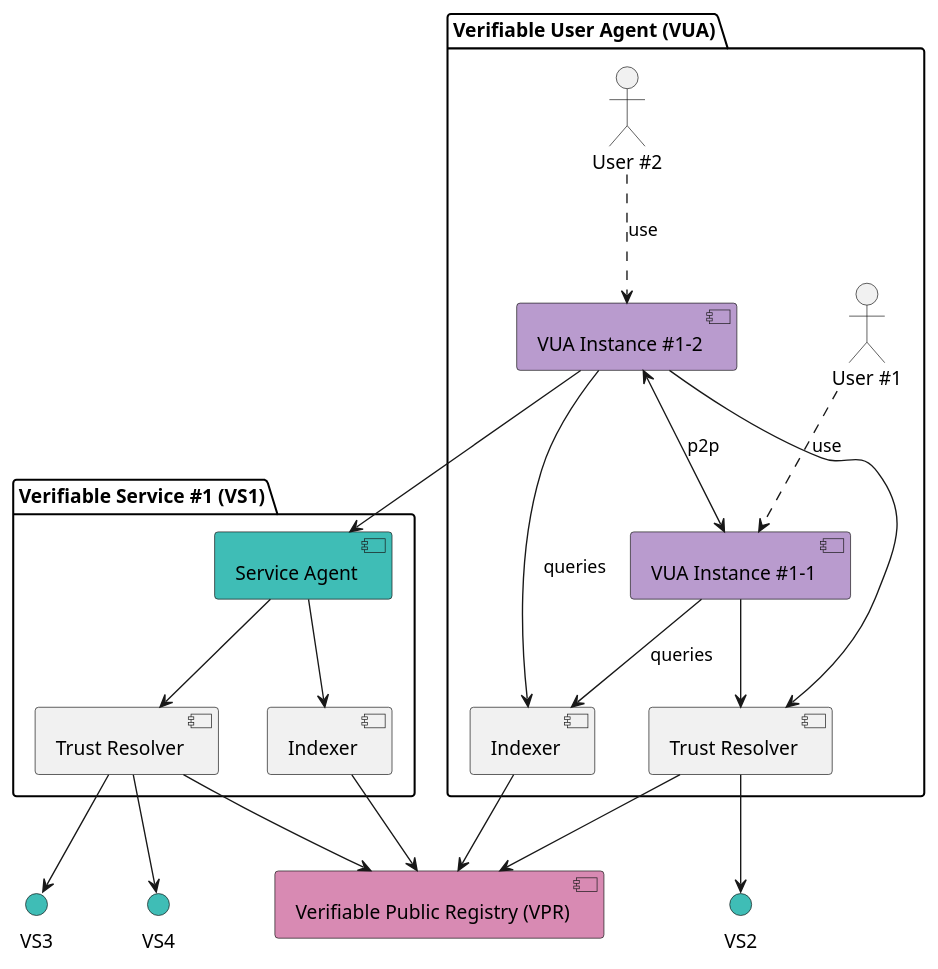
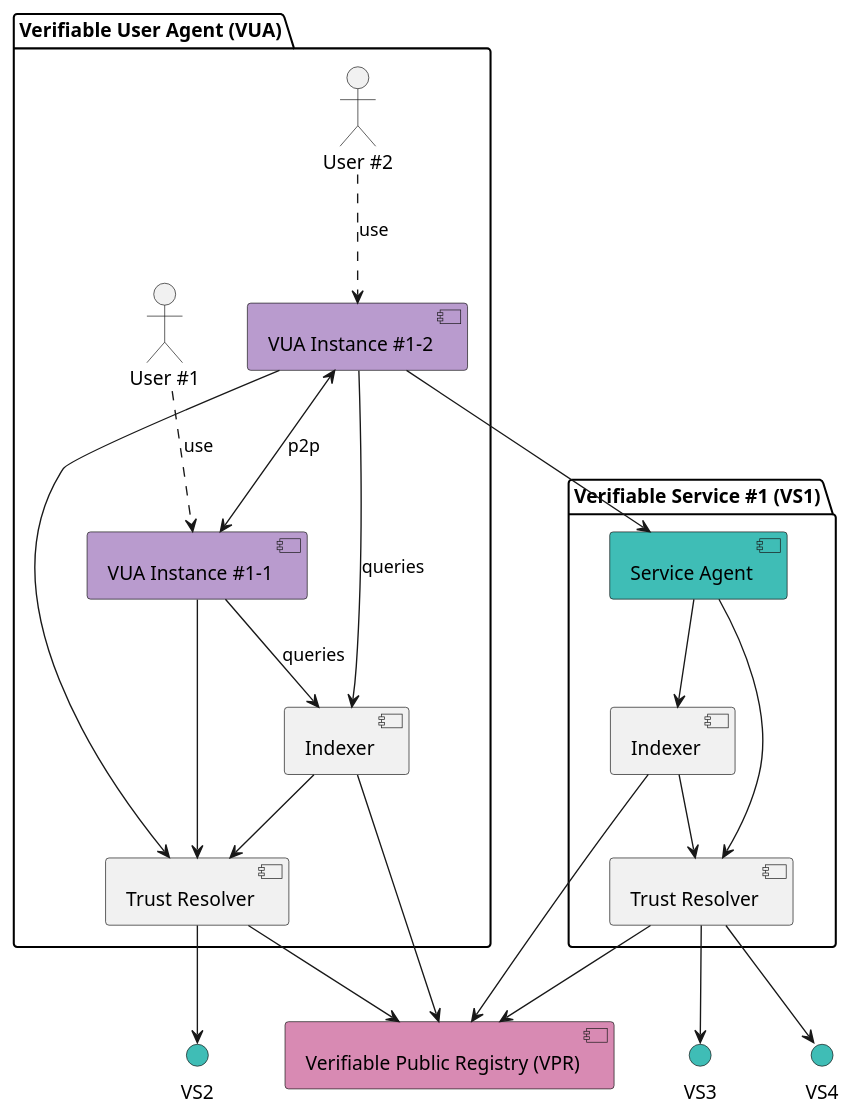
Before and after one commit to verana-labs/verana-docs: the fourth of 4 diagrams in docs/learn/verifiable-trust/30-components.md, drawn with PlantUML. The commit also changed 1 other file, not shown here.

````diff
--- a/docs/learn/verifiable-trust/30-components.md
+++ b/docs/learn/verifiable-trust/30-components.md
@@ -101,56 +101,59 @@
 ```plantuml
 @startuml
 
 [Verifiable Public Registry (VPR)] as VPR #D88AB3
 
 
 package "Verifiable Service #1 (VS1)" as VS1  {
   [Service Agent] as VS1sa #3fbdb6
     [Trust Resolver] as VS1tr
     [Indexer] as VS1idx
     VS1sa --> VS1tr
     VS1sa --> VS1idx
+    VS1idx --> VS1tr
 }
 
 interface VS2 #3fbdb6
 interface VS3 #3fbdb6
 interface VS4 #3fbdb6
 
 
 package "Verifiable User Agent (VUA)" as App1 {
     actor "User #1" as user1
 actor "User #2" as user2
   [VUA Instance #1-1] as VUA11 #b99bce
   [VUA Instance #1-2] as VUA12 #b99bce
     [Trust Resolver] as VUAtr
     [Indexer] as VUAidx
 
 }
 
 VUAtr --> VS2
 
 VUAtr --> VPR
 VUAidx --> VPR
+
+VUAidx --> VUAtr
 
 VS1tr --> VPR
 VS1tr --> VS3
 VS1tr --> VS4
 
 VS1idx --> VPR
 
 
 VUA12 --> VUAtr
 VUA11 --> VUAtr
 VUA12 --> VUAidx : queries
 VUA11 --> VUAidx : queries
 
 VUA12 <--> VUA11 : p2p
 
 user1 ..> VUA11 : use
 user2 ..> VUA12 : use
 
 VUA12 -->  VS1sa
 
 @enduml
 
 ```
````
